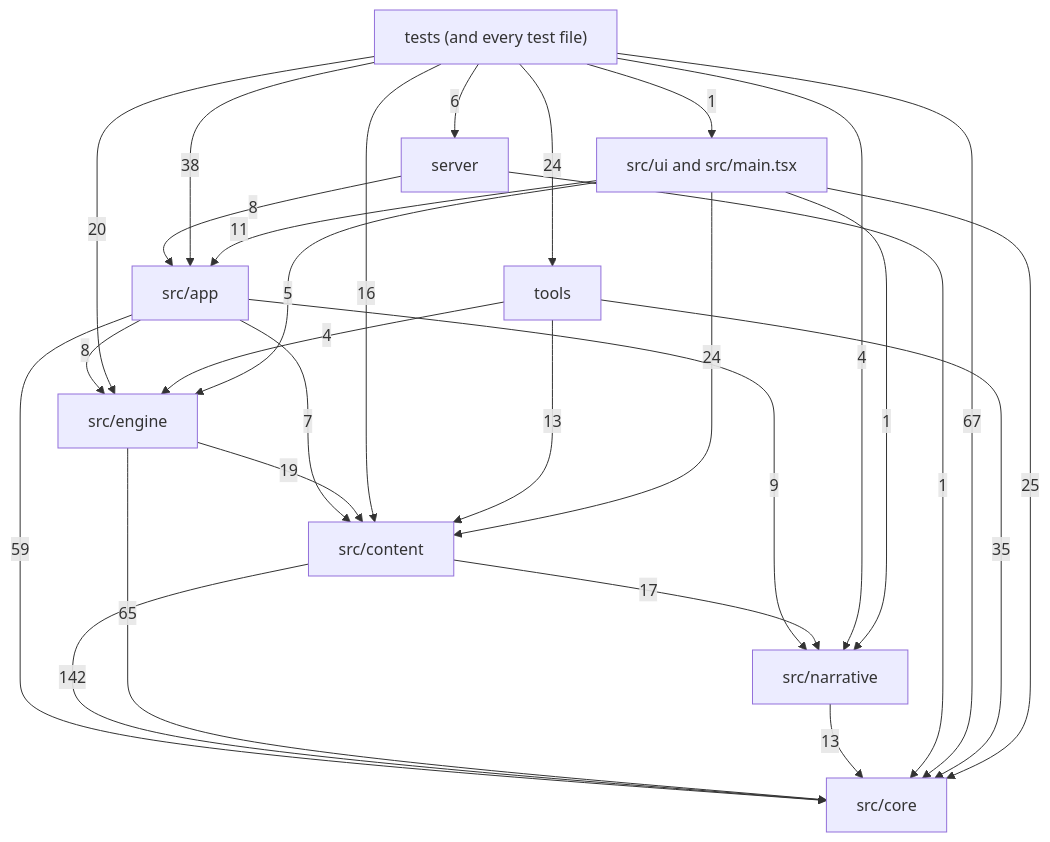
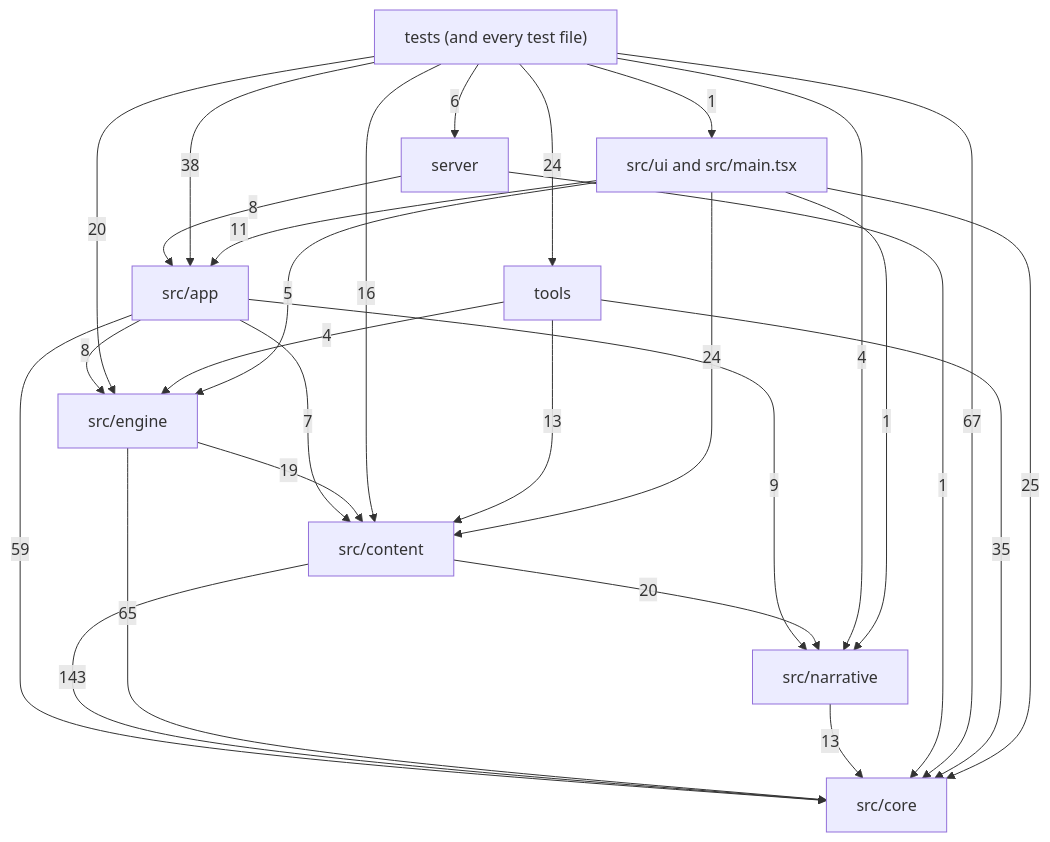
One commit to OrangeB0lt/Cyber-funk changed the diagram in docs/reference/code-map/README.md. Above: the diagram before and after it, drawn with Mermaid. The commit also changed other lines of this file and 9 other files, not shown here.

````diff
--- a/docs/reference/code-map/README.md
+++ b/docs/reference/code-map/README.md
@@ -29,39 +29,39 @@
 ```mermaid
 flowchart TD
   core["src/core"]
   narrative["src/narrative"]
   content["src/content"]
   engine["src/engine"]
   app["src/app"]
   ui["src/ui and src/main.tsx"]
   server["server"]
   tools["tools"]
   tests["tests (and every test file)"]
   app -->|7| content
   app -->|59| core
   app -->|8| engine
   app -->|9| narrative
-  content -->|142| core
-  content -->|17| narrative
+  content -->|143| core
+  content -->|20| narrative
   engine -->|19| content
   engine -->|65| core
   narrative -->|13| core
   server -->|8| app
   server -->|1| core
   tests -->|38| app
   tests -->|16| content
   tests -->|67| core
   tests -->|20| engine
   tests -->|4| narrative
   tests -->|6| server
   tests -->|24| tools
   tests -->|1| ui
   tools -->|13| content
   tools -->|35| core
   tools -->|4| engine
   ui -->|11| app
   ui -->|24| content
   ui -->|25| core
   ui -->|5| engine
   ui -->|1| narrative
 ```
````
